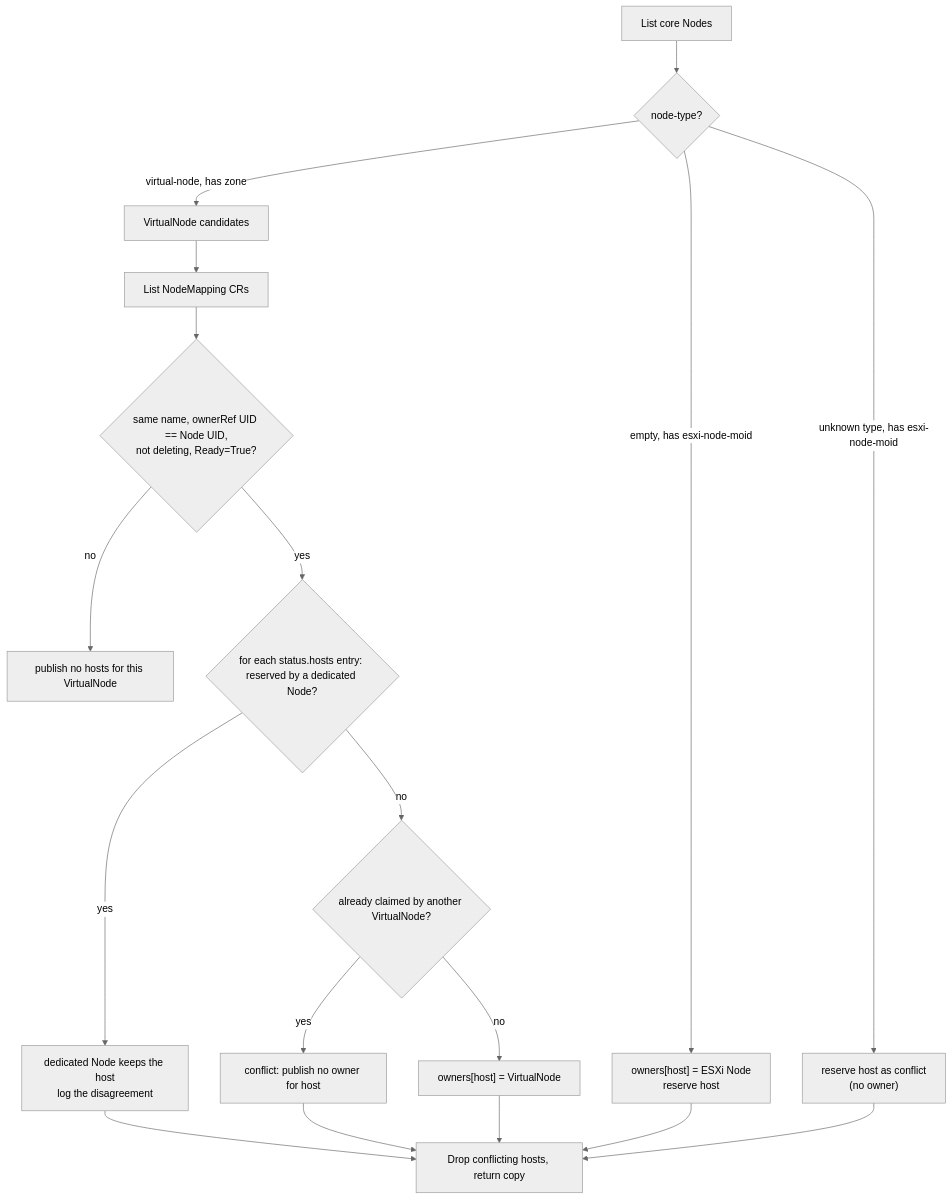
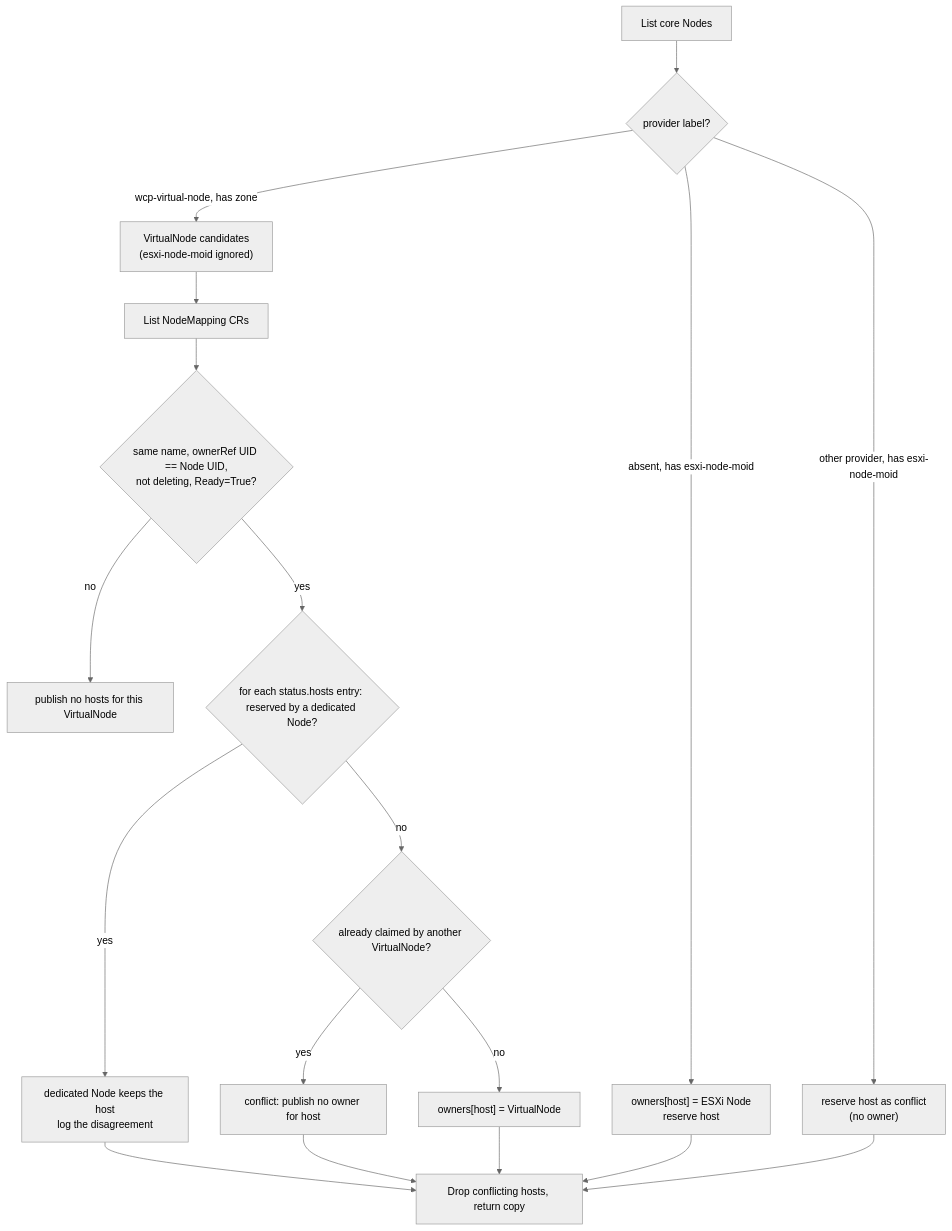
One commit to kubernetes-sigs/vsphere-csi-driver changed the first of 5 diagrams in spec/podvmv2-changes-for-zonal-volume/design.md. Above: the diagram before and after it, drawn with Mermaid (neutral theme). The commit also changed other lines of this file and 9 other files, not shown here.

First line of the commit message:
Identify PodVM v2 VirtualNodes by the virtual-kubelet provider label (#4458)

````diff
--- a/spec/podvmv2-changes-for-zonal-volume/design.md
+++ b/spec/podvmv2-changes-for-zonal-volume/design.md
@@ -180,20 +192,20 @@
 ```mermaid
 flowchart TD
-    A[List core Nodes] --> B{node-type?}
-    B -- "virtual-node, has zone" --> V[VirtualNode candidates]
-    B -- "empty, has esxi-node-moid" --> D["owners[host] = ESXi Node<br/>reserve host"]
-    B -- "unknown type, has esxi-node-moid" --> R["reserve host as conflict<br/>(no owner)"]
+    A[List core Nodes] --> B{"provider label?"}
+    B -- "wcp-virtual-node, has zone" --> V["VirtualNode candidates<br/>(esxi-node-moid ignored)"]
+    B -- "absent, has esxi-node-moid" --> D["owners[host] = ESXi Node<br/>reserve host"]
+    B -- "other provider, has esxi-node-moid" --> R["reserve host as conflict<br/>(no owner)"]
     V --> H[List NodeMapping CRs]
     H --> E{"same name, ownerRef UID == Node UID,<br/>not deleting, Ready=True?"}
     E -- no --> X[publish no hosts for this VirtualNode]
     E -- yes --> L{for each status.hosts entry: reserved by a dedicated Node?}
     L -- yes --> W["dedicated Node keeps the host<br/>log the disagreement"]
     L -- no --> U{already claimed by another VirtualNode?}
     U -- yes --> K["conflict: publish no owner for host"]
     U -- no --> O["owners[host] = VirtualNode"]
     D --> M[Drop conflicting hosts, return copy]
     R --> M
     O --> M
     K --> M
     W --> M
 ```
````
